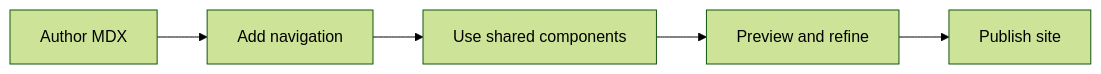
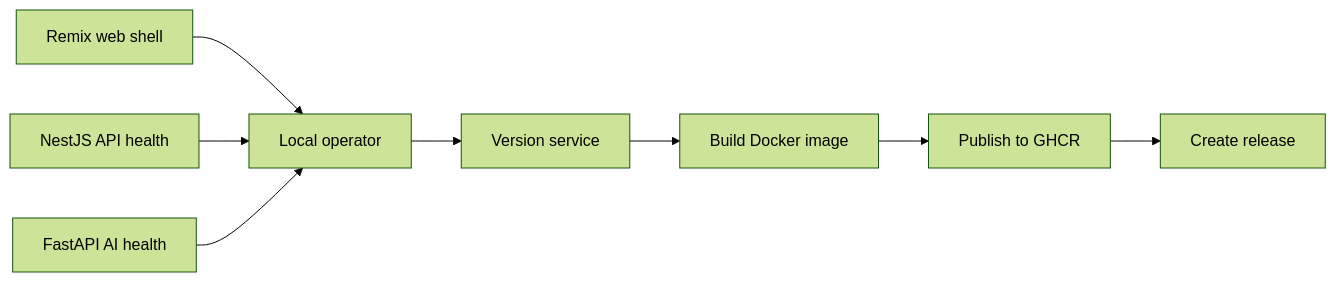
The diagram in features.mdx (AIGravity/documentationai-Docs), drawn with Mermaid (forest theme) before and after one commit. The commit also changed other lines of this file and 1 other file, not shown here.

````diff
--- a/features.mdx
+++ b/features.mdx
@@ -43,7 +43,10 @@
 ```mermaid
 graph LR
-  A[Author MDX] --> B[Add navigation]
-  B --> C[Use shared components]
-  C --> D[Preview and refine]
-  D --> E[Publish site]
+  A[Remix web shell] --> B[Local operator]
+  C[NestJS API health] --> B
+  D[FastAPI AI health] --> B
+  B --> E[Version service]
+  E --> F[Build Docker image]
+  F --> G[Publish to GHCR]
+  G --> H[Create release]
 ```
````
